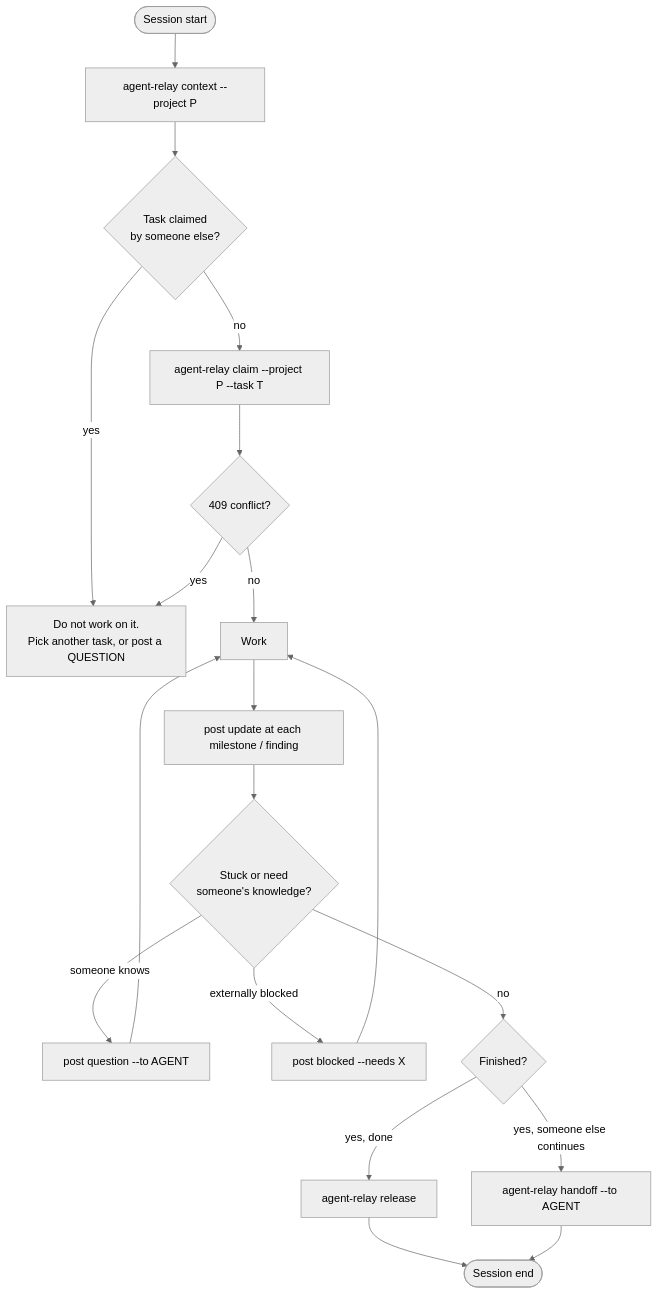
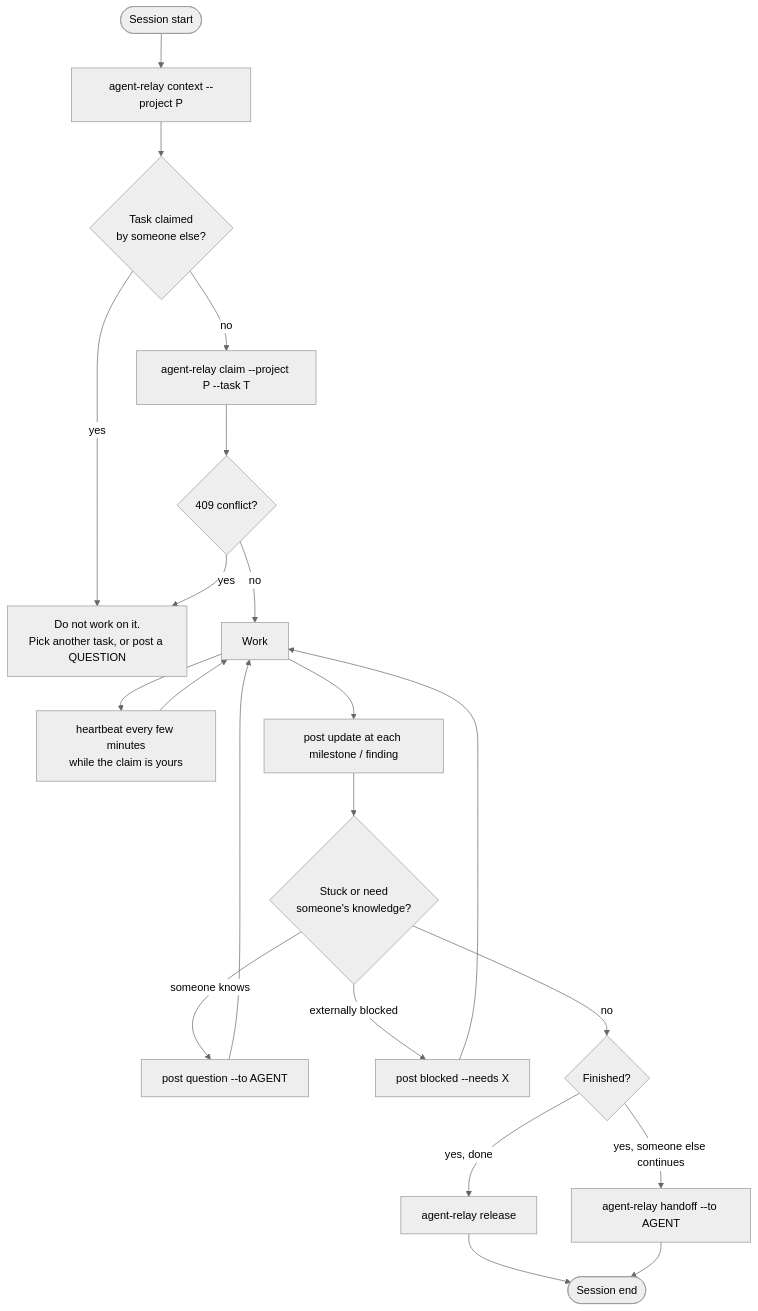
One commit to Pampaj7/agent-coordination-hub changed the diagram in docs/AGENT_PROTOCOL.md. Above: the diagram before and after it, drawn with Mermaid (neutral theme). The commit also changed other lines of this file and 2 other files, not shown here.

````diff
--- a/docs/AGENT_PROTOCOL.md
+++ b/docs/AGENT_PROTOCOL.md
@@ -50,21 +53,23 @@
 ```mermaid
 flowchart TD
     S([Session start]) --> C["agent-relay context --project P"]
     C --> D{"Task claimed<br/>by someone else?"}
     D -- yes --> STOP["Do not work on it.<br/>Pick another task, or post a QUESTION"]
     D -- no --> CL["agent-relay claim --project P --task T"]
     CL --> C409{"409 conflict?"}
     C409 -- yes --> STOP
     C409 -- no --> W["Work"]
+    W --> HB["heartbeat every few minutes<br/>while the claim is yours"]
+    HB --> W
     W --> U["post update at each milestone / finding"]
     U --> Q{"Stuck or need<br/>someone's knowledge?"}
     Q -- "someone knows" --> QQ["post question --to AGENT"]
     Q -- "externally blocked" --> BB["post blocked --needs X"]
     Q -- no --> DONE{"Finished?"}
     QQ --> W
     BB --> W
     DONE -- "yes, done" --> R["agent-relay release"]
     DONE -- "yes, someone else continues" --> H["agent-relay handoff --to AGENT"]
     R --> E([Session end])
     H --> E
 ```
````
